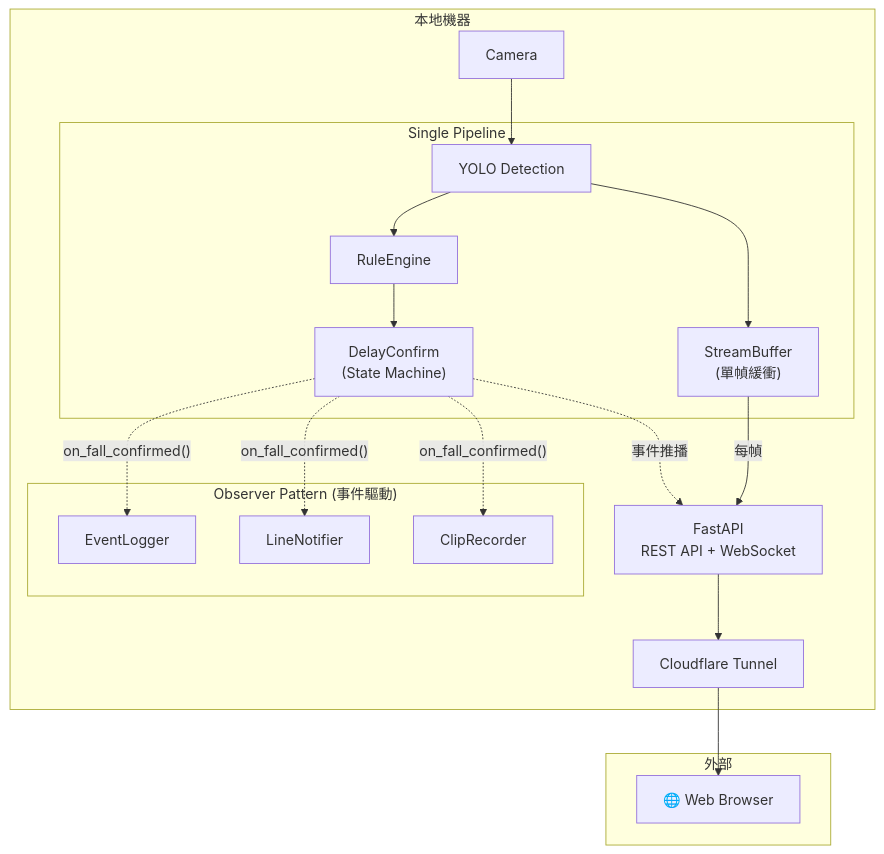
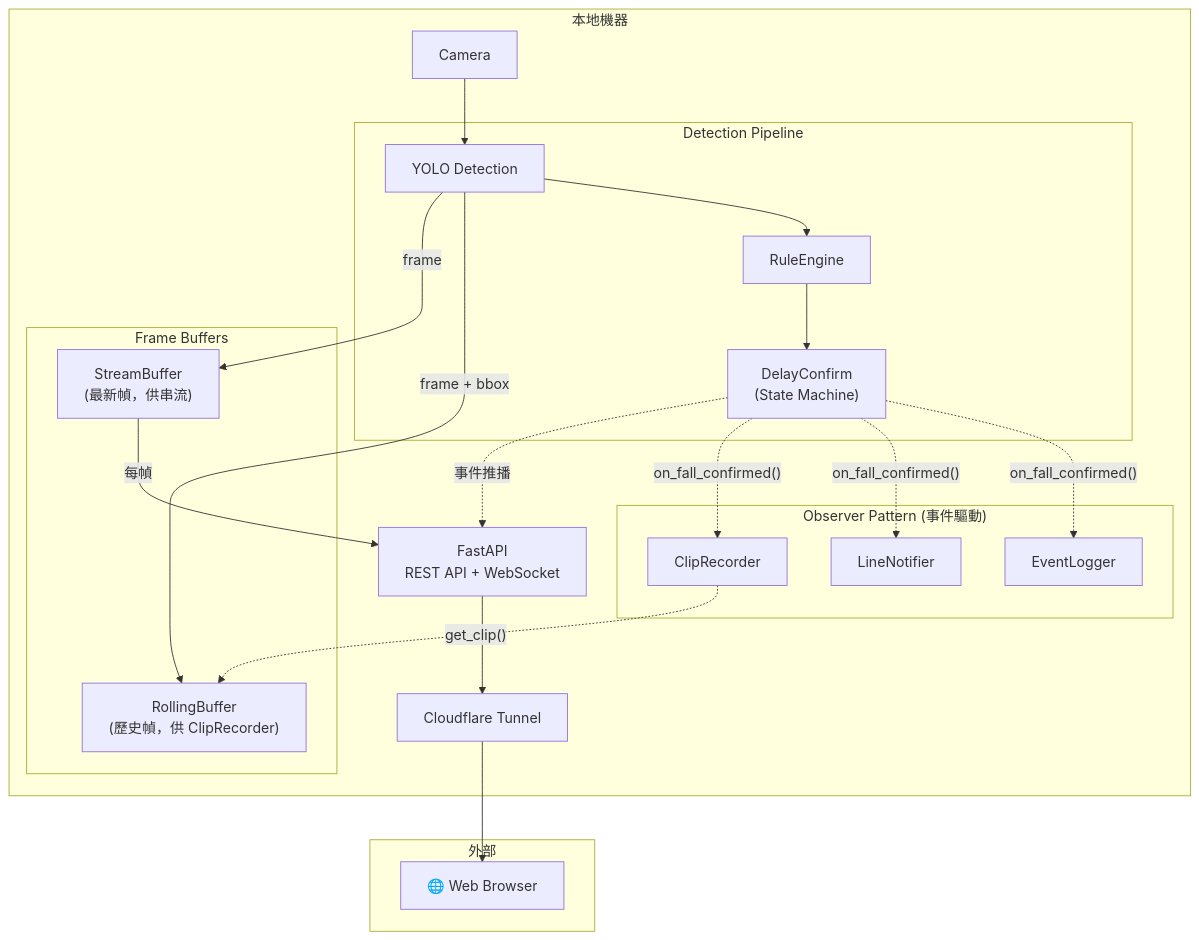
One commit to kionce57/FDS changed the diagram in docs/plans/2026-01-06-home-monitoring-app-draft.md. Above: the diagram before and after it, drawn with Mermaid. The commit also changed other lines of this file, not shown here.

First line of the commit message:
docs: add RollingBuffer context to home-monitoring-app draft

````diff
--- a/docs/plans/2026-01-06-home-monitoring-app-draft.md
+++ b/docs/plans/2026-01-06-home-monitoring-app-draft.md
@@ -40,40 +40,46 @@
 ```mermaid
 graph TD
     subgraph Local["本地機器"]
         Camera["Camera"]
 
-        subgraph Pipeline["Single Pipeline"]
+        subgraph Pipeline["Detection Pipeline"]
             Detector["YOLO Detection"]
-            StreamBuffer["StreamBuffer<br/>(單幀緩衝)"]
             RuleEngine["RuleEngine"]
             DelayConfirm["DelayConfirm<br/>(State Machine)"]
+        end
+
+        subgraph Buffers["Frame Buffers"]
+            RollingBuffer["RollingBuffer<br/>(歷史幀，供 ClipRecorder)"]
+            StreamBuffer["StreamBuffer<br/>(最新幀，供串流)"]
         end
 
         subgraph Observers["Observer Pattern (事件驅動)"]
             EventLogger["EventLogger"]
             LineNotifier["LineNotifier"]
             ClipRecorder["ClipRecorder"]
         end
 
         API["FastAPI<br/>REST API + WebSocket"]
         Tunnel["Cloudflare Tunnel"]
 
         Camera --> Detector
-        Detector --> StreamBuffer
         Detector --> RuleEngine
+        Detector -->|"frame + bbox"| RollingBuffer
+        Detector -->|"frame"| StreamBuffer
         RuleEngine --> DelayConfirm
         DelayConfirm -.->|"on_fall_confirmed()"| EventLogger
         DelayConfirm -.->|"on_fall_confirmed()"| LineNotifier
         DelayConfirm -.->|"on_fall_confirmed()"| ClipRecorder
+        ClipRecorder -.->|"get_clip()"| RollingBuffer
 
         StreamBuffer -->|"每幀"| API
         DelayConfirm -.->|"事件推播"| API
         API --> Tunnel
     end
 
     subgraph External["外部"]
         Web["🌐 Web Browser"]
     end
 
     Tunnel --> Web
 ```
````
